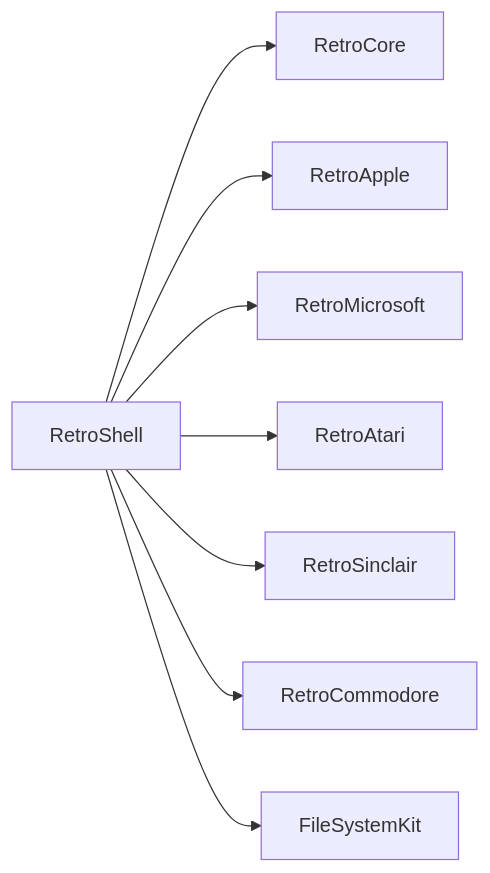
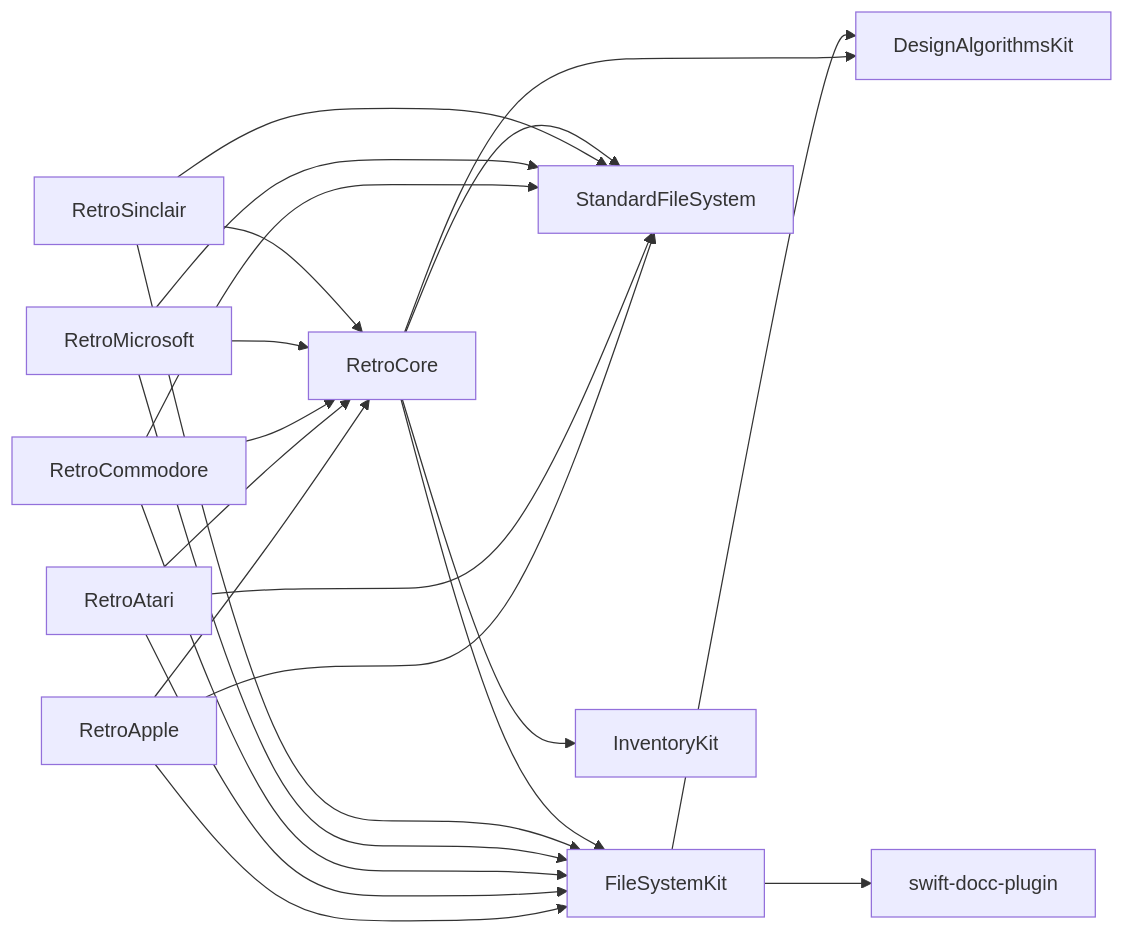
Before and after one commit to rickhohler/RetroShell: the diagram in docs/dependencies.md, drawn with Mermaid. The commit also changed other lines of this file, not shown here.

Commit message:
Update dependencies diagram to show Swift package relationships

````diff
--- a/docs/dependencies.md
+++ b/docs/dependencies.md
@@ -3,10 +7,31 @@
 ```mermaid
-flowchart LR
-    RetroShell --> RetroCore
-    RetroShell --> RetroApple
-    RetroShell --> RetroMicrosoft
-    RetroShell --> RetroAtari
-    RetroShell --> RetroSinclair
-    RetroShell --> RetroCommodore
-    RetroShell --> FileSystemKit
+graph LR
+    %% Submodule packages
+    RetroApple --> FileSystemKit
+    RetroApple --> RetroCore
+    RetroApple --> StandardFileSystem
+
+    RetroAtari --> FileSystemKit
+    RetroAtari --> RetroCore
+    RetroAtari --> StandardFileSystem
+
+    RetroCommodore --> FileSystemKit
+    RetroCommodore --> RetroCore
+    RetroCommodore --> StandardFileSystem
+
+    RetroMicrosoft --> FileSystemKit
+    RetroMicrosoft --> RetroCore
+    RetroMicrosoft --> StandardFileSystem
+
+    RetroSinclair --> FileSystemKit
+    RetroSinclair --> RetroCore
+    RetroSinclair --> StandardFileSystem
+
+    RetroCore --> FileSystemKit
+    RetroCore --> StandardFileSystem
+    RetroCore --> DesignAlgorithmsKit
+    RetroCore --> InventoryKit
+
+    FileSystemKit --> DesignAlgorithmsKit
+    FileSystemKit --> swift-docc-plugin
 ```
````
